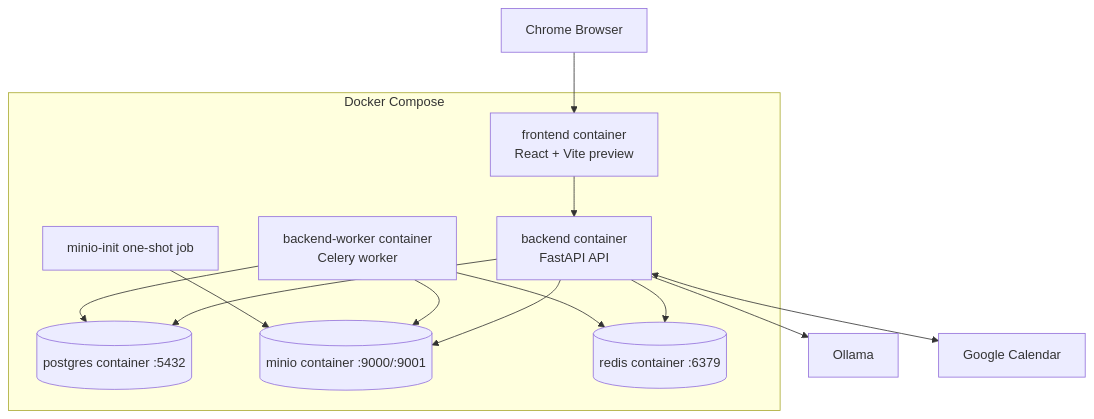
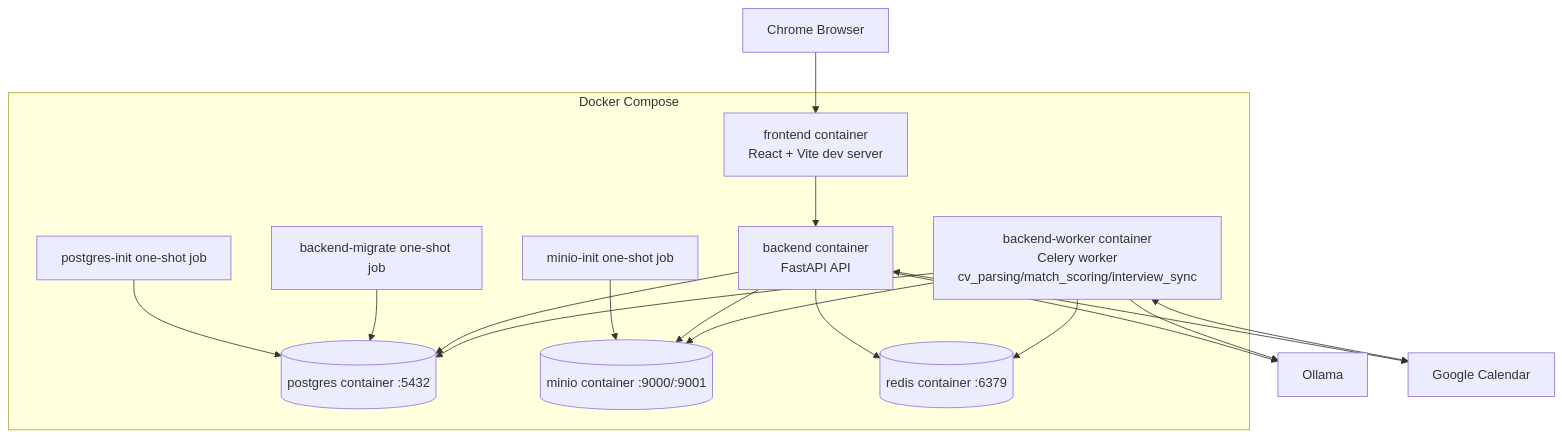
One commit to RubiFoc/hrm changed the ninth of 18 diagrams in docs/architecture/diagrams.md. Above: the diagram before and after it, drawn with Mermaid. The commit also changed other lines of this file and 5 other files, not shown here.

````diff
--- a/docs/architecture/diagrams.md
+++ b/docs/architecture/diagrams.md
@@ -330,24 +330,30 @@
 ```mermaid
 flowchart TB
   subgraph Compose[Docker Compose]
-    FE[frontend container\nReact + Vite preview]
+    FE[frontend container\nReact + Vite dev server]
     BE[backend container\nFastAPI API]
-    WKR[backend-worker container\nCelery worker]
+    WKR[backend-worker container\nCelery worker\ncv_parsing/match_scoring/interview_sync]
     DB[(postgres container :5432)]
     OBJ[(minio container :9000/:9001)]
     MQ[(redis container :6379)]
-    INIT[minio-init one-shot job]
+    DBINIT[postgres-init one-shot job]
+    MIG[backend-migrate one-shot job]
+    MINIT[minio-init one-shot job]
   end
 
   USER[Chrome Browser] --> FE
   FE --> BE
+  DBINIT --> DB
+  MIG --> DB
+  MINIT --> OBJ
   BE --> DB
   BE --> OBJ
   BE --> MQ
   WKR --> DB
   WKR --> MQ
   WKR --> OBJ
-  INIT --> OBJ
   BE --> OLL[Ollama]
+  WKR --> OLL
   BE <--> GCAL[Google Calendar]
+  WKR <--> GCAL
 ```
````
